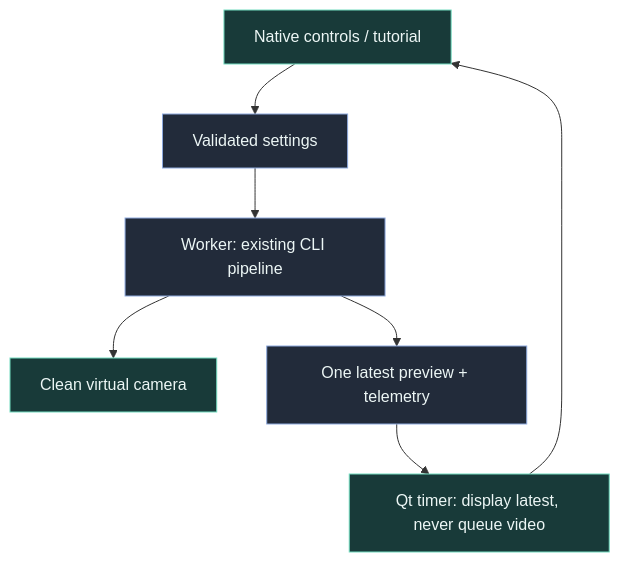
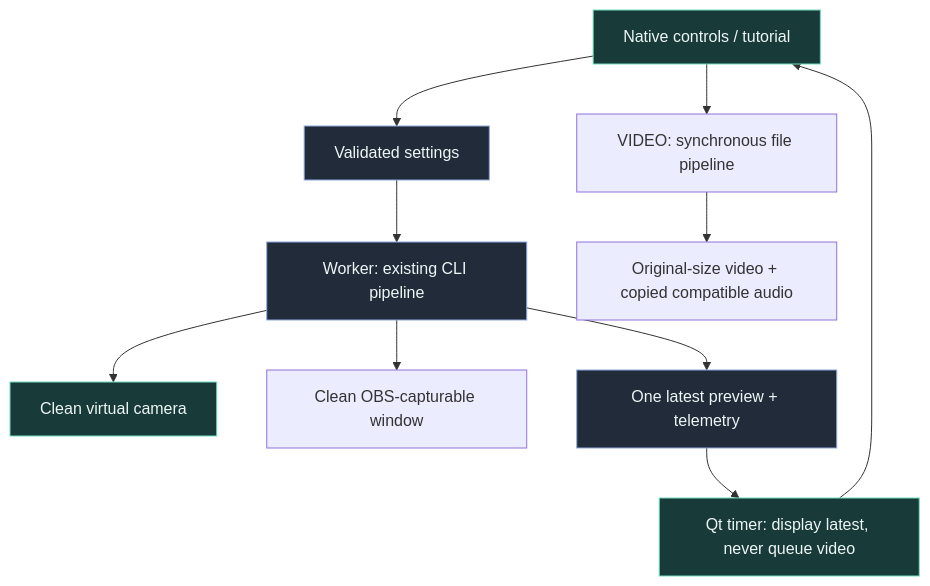
One commit to Zanark/KardboardCode-VTuber changed the diagram in docs/09-desktop-studio/README.md. Above: the diagram before and after it, drawn with Mermaid. The commit also changed other lines of this file and 75 other files, not shown here.

````diff
--- a/docs/09-desktop-studio/README.md
+++ b/docs/09-desktop-studio/README.md
@@ -17,15 +17,18 @@
 ```mermaid
 flowchart TD
     Controls["Native controls / tutorial"] --> Settings["Validated settings"]
     Settings --> Worker["Worker: existing CLI pipeline"]
     Worker --> Output["Clean virtual camera"]
+    Worker --> Window["Clean OBS-capturable window"]
+    Controls --> Video["VIDEO: synchronous file pipeline"]
+    Video --> File["Original-size video + copied compatible audio"]
     Worker --> Slot["One latest preview + telemetry"]
     Slot --> UI["Qt timer: display latest, never queue video"]
     UI --> Controls
     style Controls fill:#183a39,stroke:#72dcc0,color:#ecf6f5
     style Settings fill:#222b3a,stroke:#8da9dd,color:#ecf6f5
     style Worker fill:#222b3a,stroke:#8da9dd,color:#ecf6f5
     style Slot fill:#222b3a,stroke:#8da9dd,color:#ecf6f5
     style UI fill:#183a39,stroke:#72dcc0,color:#ecf6f5
     style Output fill:#183a39,stroke:#72dcc0,color:#ecf6f5
 ```
````
